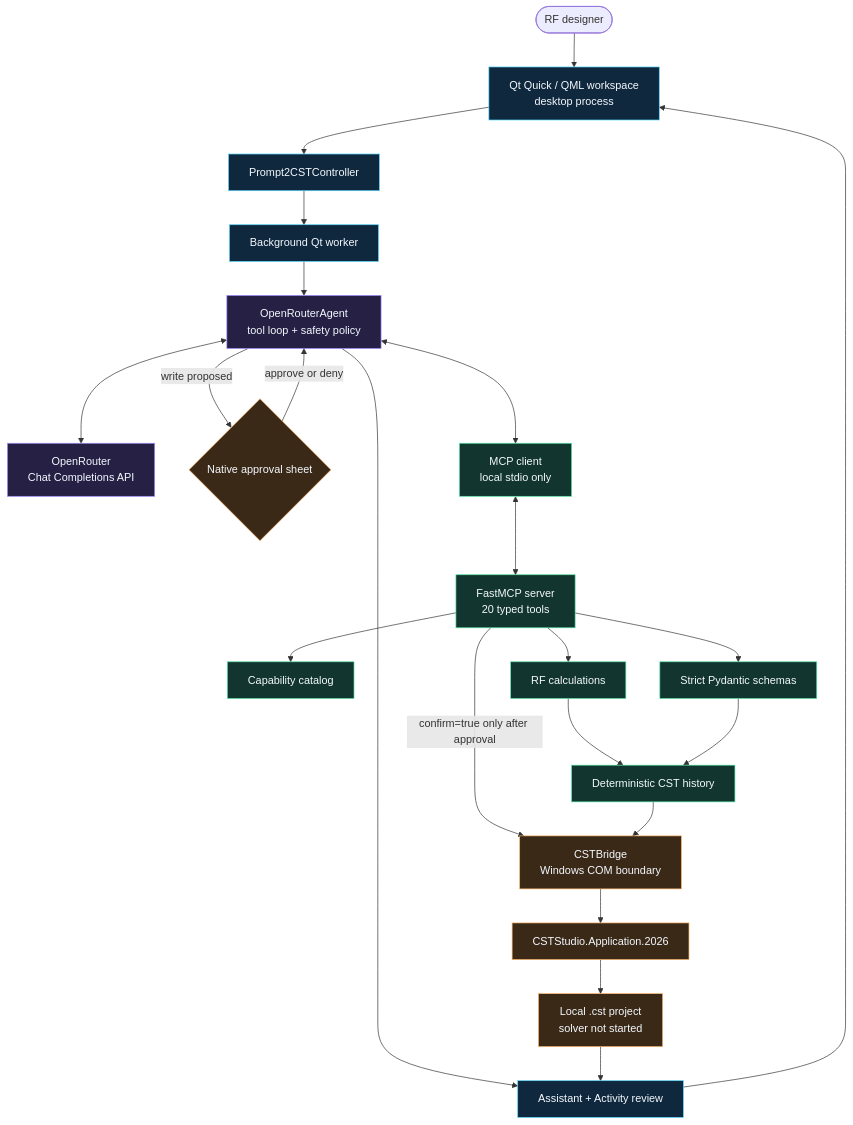
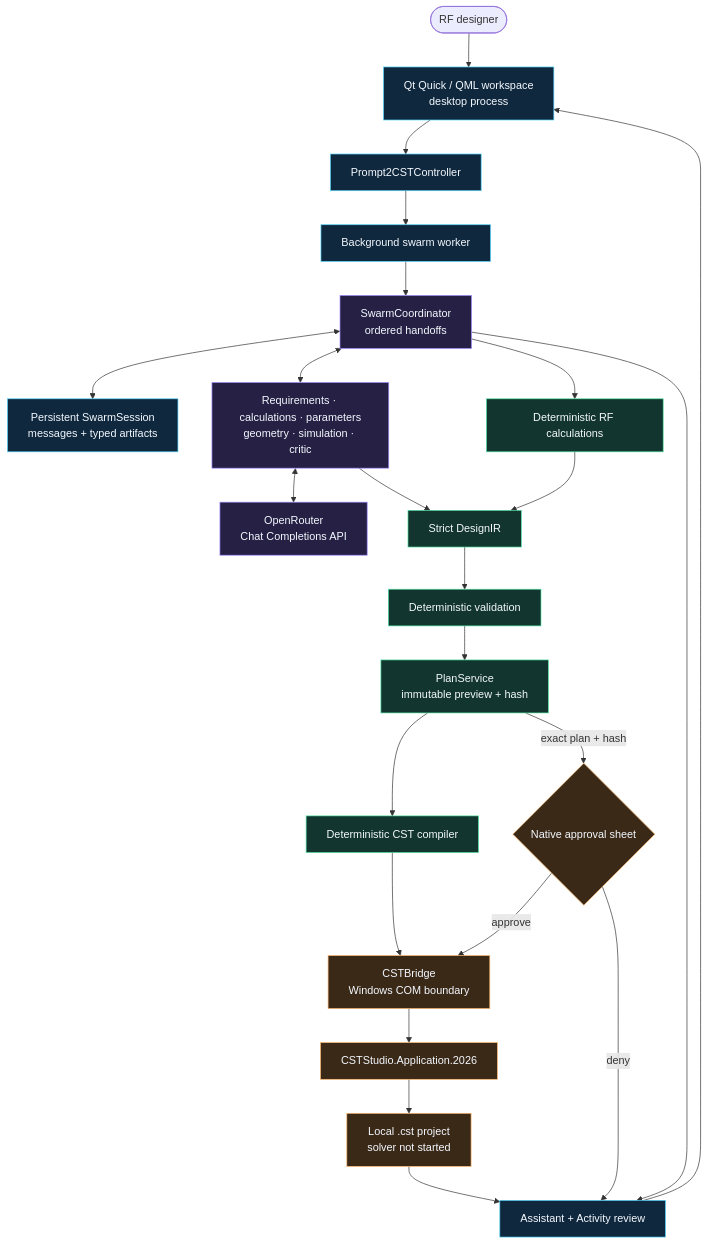
Before and after one commit to Mithunjagan/Prompt2CST: the second of 6 diagrams in README.md, drawn with Mermaid. The commit also changed other lines of this file and 22 other files, not shown here.

Commit message:
Add persistent specialist swarm workflow

````diff
--- a/README.md
+++ b/README.md
@@ -585,45 +599,43 @@
 ```mermaid
 flowchart TB
     User(["RF designer"])
     QML["Qt Quick / QML workspace<br/>desktop process"]
     Controller["Prompt2CSTController"]
-    Worker["Background Qt worker"]
-    Agent["OpenRouterAgent<br/>tool loop + safety policy"]
+    Worker["Background swarm worker"]
+    Session["Persistent SwarmSession<br/>messages + typed artifacts"]
+    Coordinator["SwarmCoordinator<br/>ordered handoffs"]
+    Specialists["Requirements · calculations · parameters<br/>geometry · simulation · critic"]
     OR["OpenRouter<br/>Chat Completions API"]
     Approval{"Native approval sheet"}
     Review["Assistant + Activity review"]
-    Client["MCP client<br/>local stdio only"]
-    Server["FastMCP server<br/>20 typed tools"]
-    Catalog["Capability catalog"]
-    Design["RF calculations"]
-    Schema["Strict Pydantic schemas"]
-    Macros["Deterministic CST history"]
+    Calc["Deterministic RF calculations"]
+    Validate["Deterministic validation"]
+    IR["Strict DesignIR"]
+    Plan["PlanService<br/>immutable preview + hash"]
+    Compiler["Deterministic CST compiler"]
     Bridge["CSTBridge<br/>Windows COM boundary"]
     COM["CSTStudio.Application.2026"]
     Project["Local .cst project<br/>solver not started"]
 
-    User --> QML --> Controller --> Worker --> Agent
-    Agent <--> OR
-    Agent <--> Client <--> Server
-    Agent -->|"write proposed"| Approval
-    Approval -->|"approve or deny"| Agent
-    Agent --> Review --> QML
-
-    Server --> Catalog
-    Server --> Design
-    Server --> Schema
-    Design --> Macros
-    Schema --> Macros
-    Server -->|"confirm=true only after approval"| Bridge
-    Macros --> Bridge --> COM --> Project
+    User --> QML --> Controller --> Worker --> Coordinator
+    Coordinator <--> Session
+    Coordinator <--> Specialists <--> OR
+    Coordinator --> Calc --> IR
+    Specialists --> IR --> Validate --> Plan
+    Plan --> Compiler
+    Plan -->|"exact plan + hash"| Approval
+    Approval -->|"approve"| Bridge
+    Compiler --> Bridge --> COM --> Project
+    Approval -->|"deny"| Review
     Project --> Review
+    Coordinator --> Review --> QML
 
     classDef ui fill:#10283d,stroke:#55d7ff,color:#f4f9ff;
     classDef ai fill:#252044,stroke:#9e8cff,color:#f4f9ff;
     classDef safe fill:#12352f,stroke:#55e6a5,color:#f4f9ff;
     classDef write fill:#3b2918,stroke:#ffb86b,color:#f4f9ff;
-    class QML,Controller,Worker,Review ui;
-    class Agent,OR ai;
-    class Client,Server,Catalog,Design,Schema,Macros safe;
+    class QML,Controller,Worker,Session,Review ui;
+    class Coordinator,Specialists,OR ai;
+    class Calc,Validate,IR,Plan,Compiler safe;
     class Approval,Bridge,COM,Project write;
 ```
````
